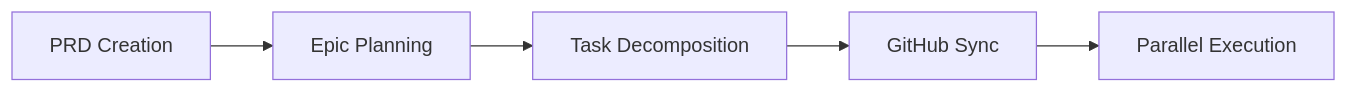
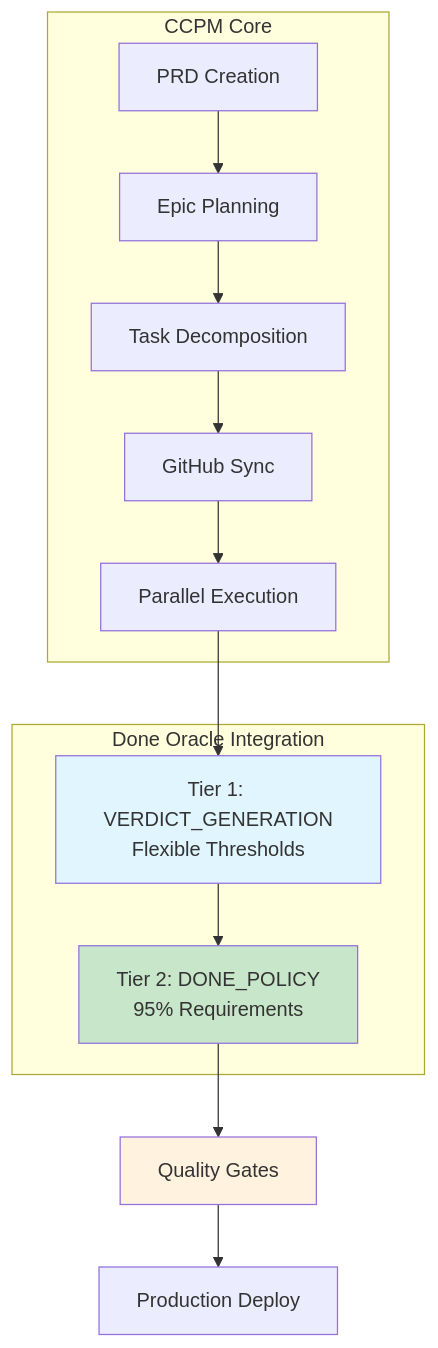
Before and after one commit to good-night-oppie/ccpm.helios: the first of 2 diagrams in README.md, drawn with Mermaid. The commit also changed other lines of this file and 1 other file, not shown here.

First line of the commit message:
docs: Add good-night-Oppie/oppie-done-oracle GitHub repository link to installation prerequisites

````diff
--- a/README.md
+++ b/README.md
@@ -51,7 +28,23 @@
 ```mermaid
-graph LR
-    A[PRD Creation] --> B[Epic Planning]
-    B --> C[Task Decomposition]
-    C --> D[GitHub Sync]
-    D --> E[Parallel Execution]
+graph TB
+    subgraph "CCPM Core"
+        A[PRD Creation] --> B[Epic Planning]
+        B --> C[Task Decomposition]
+        C --> D[GitHub Sync]
+        D --> E[Parallel Execution]
+    end
+
+    subgraph "Done Oracle Integration"
+        F[Tier 1: VERDICT_GENERATION<br/>Flexible Thresholds]
+        G[Tier 2: DONE_POLICY<br/>95% Requirements]
+        F --> G
+    end
+
+    E --> F
+    G --> H[Quality Gates]
+    H --> I[Production Deploy]
+
+    style F fill:#e1f5fe
+    style G fill:#c8e6c9
+    style H fill:#fff3e0
 ```
````
